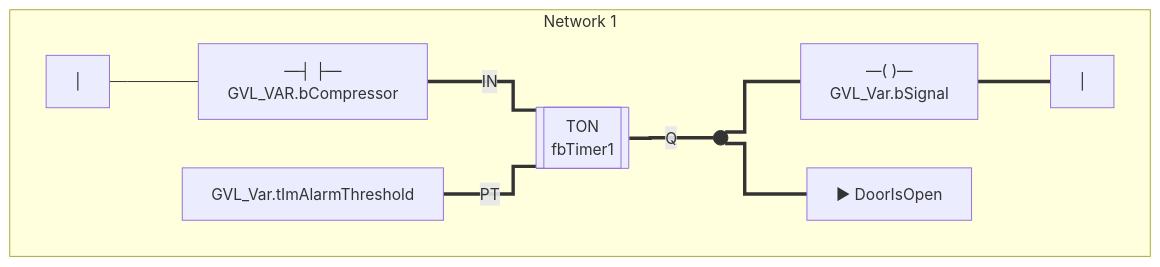
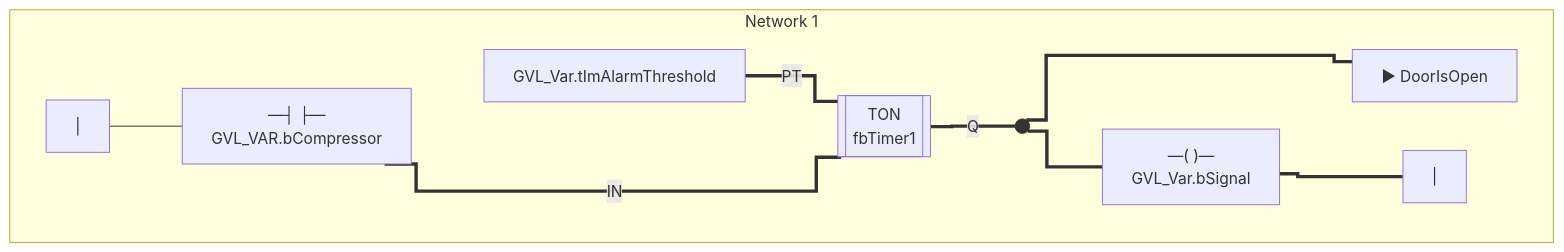
One commit to crissoll/pou2md changed the second of 4 diagrams in tests/expected/Signals.md. Above: the diagram before and after it, drawn with Mermaid. The commit also changed other lines of this file and 6 other files, not shown here.

````diff
--- a/tests/expected/Signals.md
+++ b/tests/expected/Signals.md
@@ -21,35 +21,39 @@
 ```mermaid
 %%{ init: { 'flowchart': { 'curve': 'step' } } }%%
 flowchart LR
     subgraph Network_1 [" Network 1 "]
         direction LR
         %% --- Power Rails ---
         N1_L["|"]
         N1_R["|"]
 
         %% --- Contacts ---
         N1_bCompressor["—┤ ├—<br/>GVL_VAR.bCompressor"]
         N1_tImAlarmThreshold["GVL_Var.tImAlarmThreshold"]
 
         %% --- Function Blocks ---
         N1_TON[["TON<br/>fbTimer1"]]
 
         %% --- Bifurcation Junctions ---
         J_N1_TON_Q(( )):::junction
 
         %% --- Coils / Jumps ---
         N1_bSignal["—( )—<br/>GVL_Var.bSignal"]
         N1_DoorIsOpen["▶ DoorIsOpen"]
 
+        %% --- Vertical Rank Alignment ---
+        N1_bCompressor ~~~ N1_tImAlarmThreshold
+        N1_bSignal ~~~ N1_DoorIsOpen
+
         %% --- Continuity ---
         N1_L --- N1_bCompressor
         N1_bCompressor ===|"IN"| N1_TON
         N1_tImAlarmThreshold ===|"PT"| N1_TON
         N1_TON ===|"Q"| J_N1_TON_Q
         J_N1_TON_Q === N1_bSignal
         J_N1_TON_Q === N1_DoorIsOpen
         N1_bSignal === N1_R
 
         classDef junction fill:#333,stroke:#333,width:6px,height:6px
     end
 ```
````
